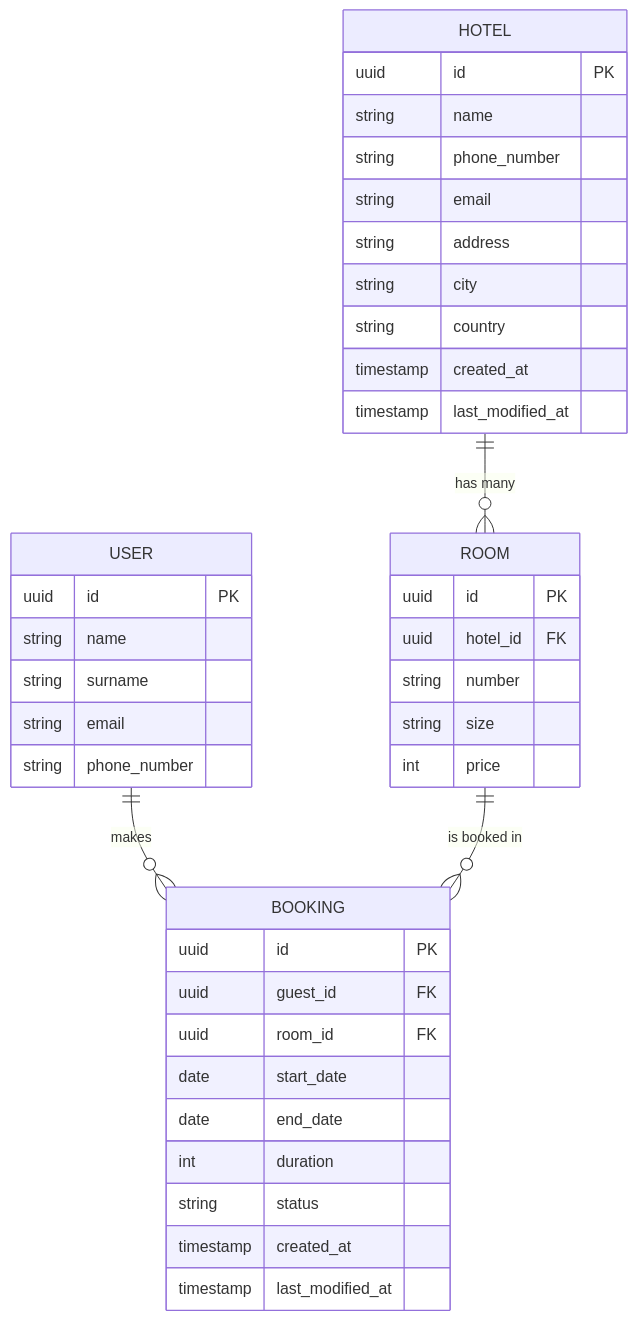
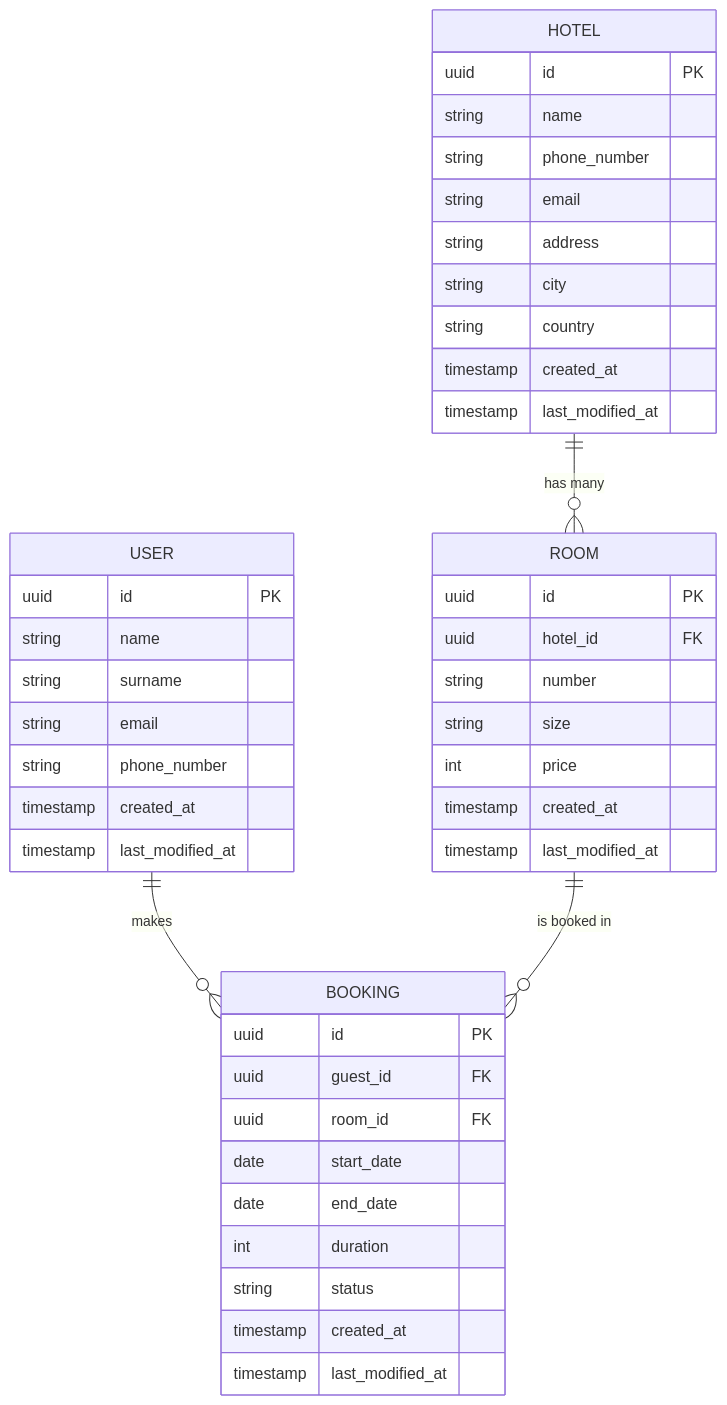
The diagram in Database/schema.md (GabrieleRuggeri/TicketingSystem), drawn with Mermaid before and after one commit. The commit also changed 3 other files, not shown here.

````diff
--- a/Database/schema.md
+++ b/Database/schema.md
@@ -5,46 +5,50 @@
 ```mermaid
 erDiagram
     HOTEL ||--o{ ROOM : "has many"
     USER ||--o{ BOOKING : "makes"
     ROOM ||--o{ BOOKING : "is booked in"
 
     HOTEL {
         uuid id PK
         string name
         string phone_number
         string email
         string address
         string city
         string country
         timestamp created_at
         timestamp last_modified_at
     }
 
     ROOM {
         uuid id PK
         uuid hotel_id FK
         string number
         string size
         int price
+        timestamp created_at
+        timestamp last_modified_at
     }
 
     USER {
         uuid id PK
         string name
         string surname
         string email
         string phone_number
+        timestamp created_at
+        timestamp last_modified_at
     }
 
     BOOKING {
         uuid id PK
         uuid guest_id FK
         uuid room_id FK
         date start_date
         date end_date
         int duration
         string status
         timestamp created_at
         timestamp last_modified_at
     }
 ```
````
